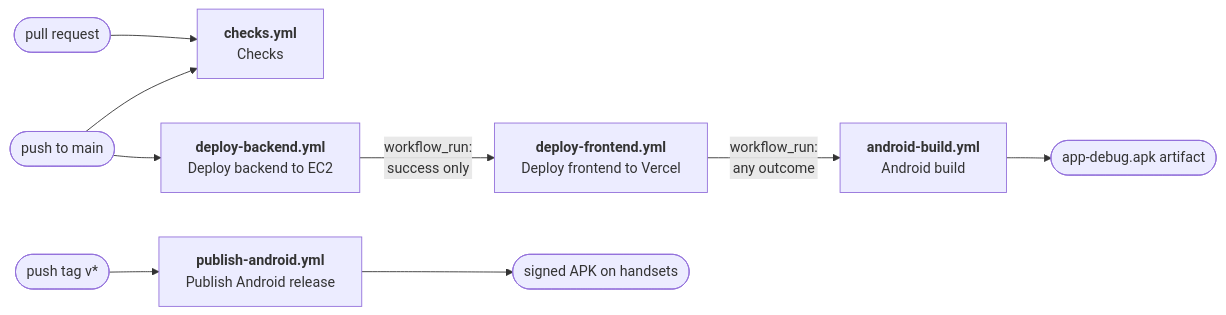
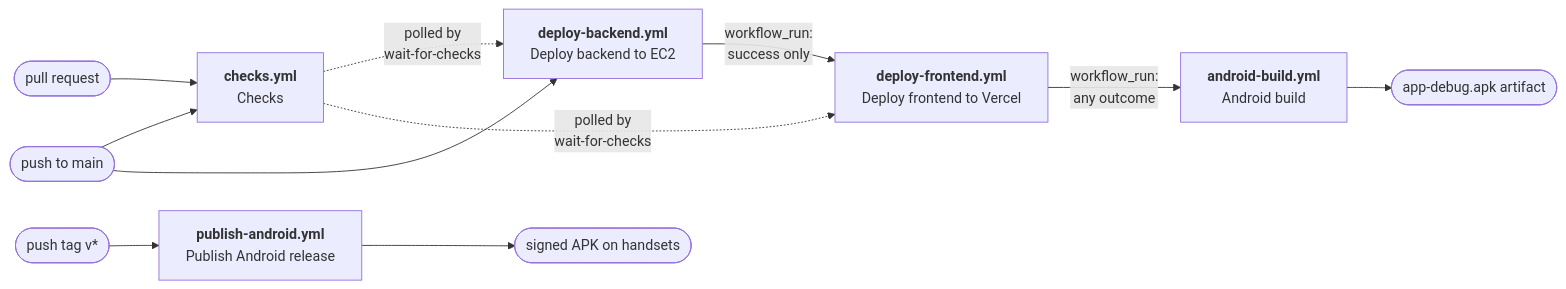
The diagram in docs/CI.md (cxacraftecosystem-ui/documentation-portal), drawn with Mermaid before and after one commit. The commit also changed other lines of this file and 9 other files, not shown here.

````diff
--- a/docs/CI.md
+++ b/docs/CI.md
@@ -28,11 +28,13 @@
 ```mermaid
 flowchart LR
     PR([pull request]) --> C["<b>checks.yml</b><br/>Checks"]
     P([push to main]) --> C
     P --> B["<b>deploy-backend.yml</b><br/>Deploy backend to EC2"]
+    C -.->|polled by<br/>wait-for-checks| B
     B -->|workflow_run:<br/>success only| F["<b>deploy-frontend.yml</b><br/>Deploy frontend to Vercel"]
+    C -.->|polled by<br/>wait-for-checks| F
     F -->|workflow_run:<br/>any outcome| A["<b>android-build.yml</b><br/>Android build"]
     A --> R([app-debug.apk artifact])
     T([push tag v*]) --> V["<b>publish-android.yml</b><br/>Publish Android release"]
     V --> H([signed APK on handsets])
 ```
````
